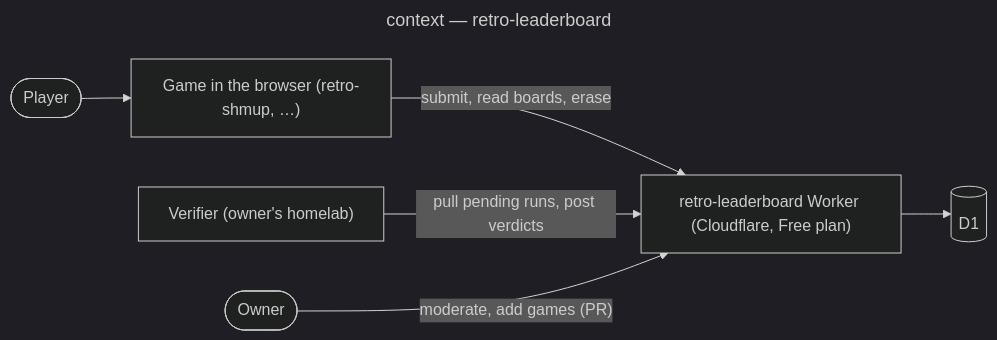
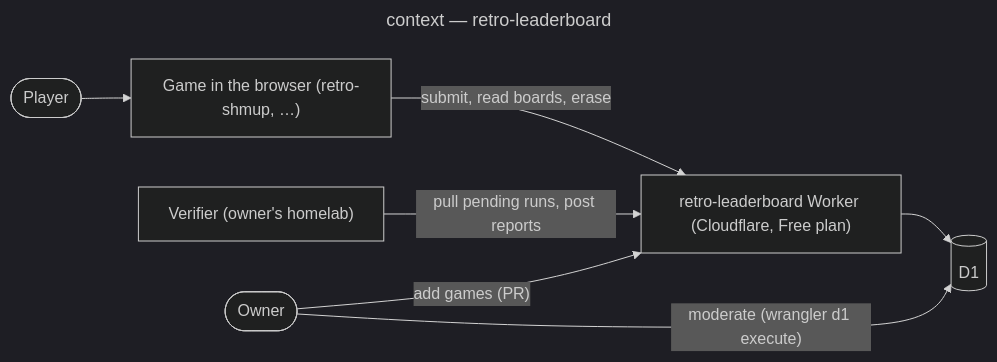
The diagram in docs/architecture/README.md (benoit-bremaud/retro-leaderboard), drawn with Mermaid (dark theme) before and after one commit. The commit also changed 11 other files, not shown here.

First line of the commit message:
docs(uml): fix the round-2 review findings of the conception study

````diff
--- a/docs/architecture/README.md
+++ b/docs/architecture/README.md
@@ -19,17 +19,18 @@
 ```mermaid
 ---
 title: context — retro-leaderboard
 ---
 flowchart LR
     player(["Player"])
     game["Game in the browser (retro-shmup, …)"]
     api["retro-leaderboard Worker (Cloudflare, Free plan)"]
     d1[("D1")]
     verifier["Verifier (owner's homelab)"]
     owner(["Owner"])
     player --> game
     game -->|"submit, read boards, erase"| api
     api --> d1
-    verifier -->|"pull pending runs, post verdicts"| api
-    owner -->|"moderate, add games (PR)"| api
+    verifier -->|"pull pending runs, post reports"| api
+    owner -->|"add games (PR)"| api
+    owner -->|"moderate (wrangler d1 execute)"| d1
 ```
````
